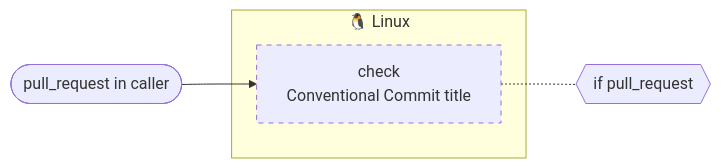
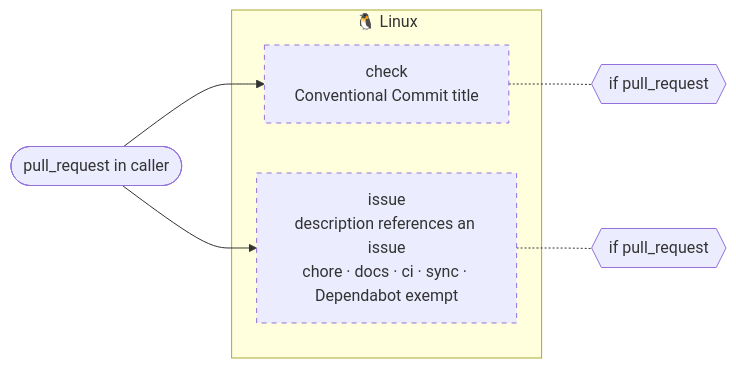
One commit to jjorgemoura/ios-platform changed the fourth of 4 diagrams in .github/workflows/README.md. Above: the diagram before and after it, drawn with Mermaid. The commit also changed other lines of this file and 4 other files, not shown here.

First line of the commit message:
ci: check that a PR references its issue (FLOW-5)

````diff
--- a/.github/workflows/README.md
+++ b/.github/workflows/README.md
@@ -63,11 +63,13 @@
 ```mermaid
 flowchart LR
   start(["pull_request in caller"])
   subgraph L["🐧 Linux"]
     check["check<br/>Conventional Commit title"]
+    issue["issue<br/>description references an issue<br/>chore · docs · ci · sync · Dependabot exempt"]
   end
-  start --> check
+  start --> check & issue
   check -.- c1{{"if pull_request"}}
+  issue -.- c2{{"if pull_request"}}
   classDef cond stroke-dasharray:5 5
-  class check cond
+  class check,issue cond
 ```
````
